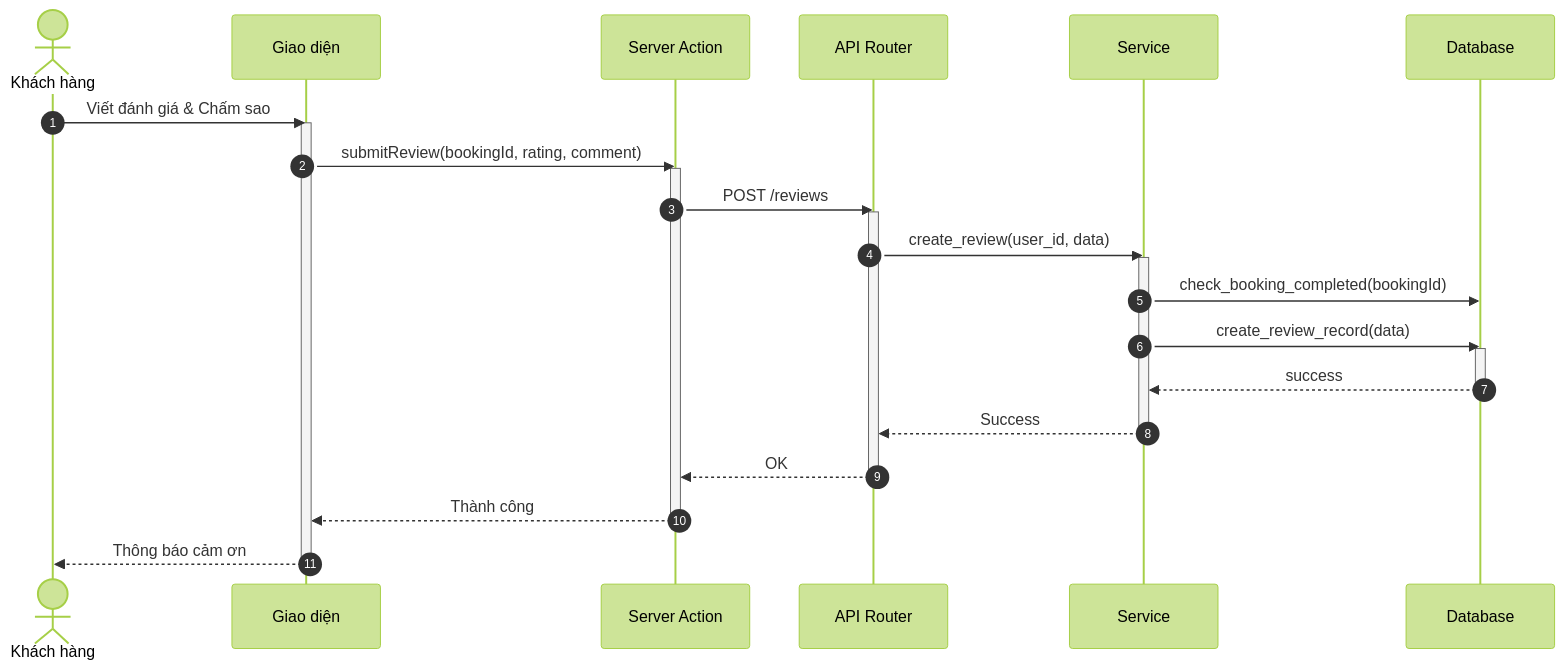
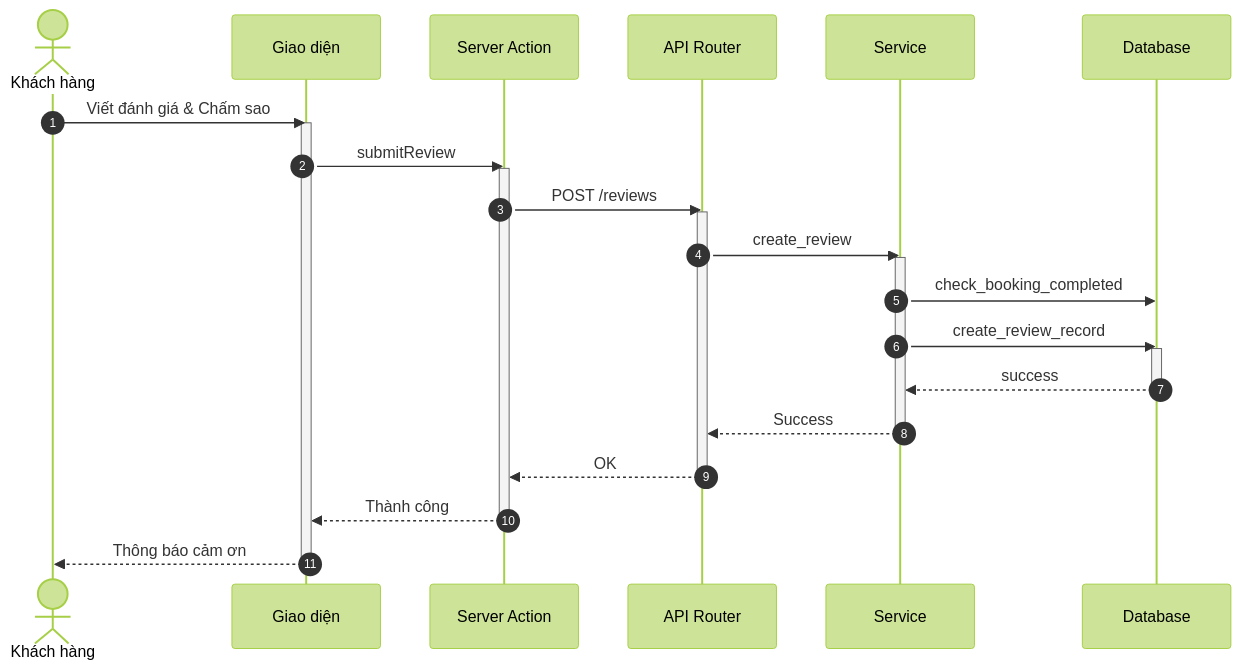
One commit to ngoctinn/Synapse changed the eighth of 8 diagrams in docs/design/sequences/customer_flows.md. Above: the diagram before and after it, drawn with Mermaid (forest theme). The commit also changed other lines of this file and 1 other file, not shown here.

Commit message:
feat: Add sequence diagrams for admin and customer flows.

````diff
--- a/docs/design/sequences/customer_flows.md
+++ b/docs/design/sequences/customer_flows.md
@@ -361,39 +361,39 @@
 ```mermaid
 sequenceDiagram
     autonumber
     actor KH as Khách hàng
     participant UI as Giao diện
     participant BFF as Server Action
     participant API as API Router
     participant S as Service
     participant DB as Database
 
     KH->>UI: Viết đánh giá & Chấm sao
     activate UI
-    UI->>BFF: submitReview(bookingId, rating, comment)
+    UI->>BFF: submitReview
     activate BFF
 
     BFF->>API: POST /reviews
     activate API
 
-    API->>S: create_review(user_id, data)
+    API->>S: create_review
     activate S
 
-    S->>DB: check_booking_completed(bookingId)
-    S->>DB: create_review_record(data)
+    S->>DB: check_booking_completed
+    S->>DB: create_review_record
     activate DB
     DB-->>S: success
     deactivate DB
 
     S-->>API: Success
     deactivate S
 
     API-->>BFF: OK
     deactivate API
 
     BFF-->>UI: Thành công
     deactivate BFF
 
     UI-->>KH: Thông báo cảm ơn
     deactivate UI
 ```
````
